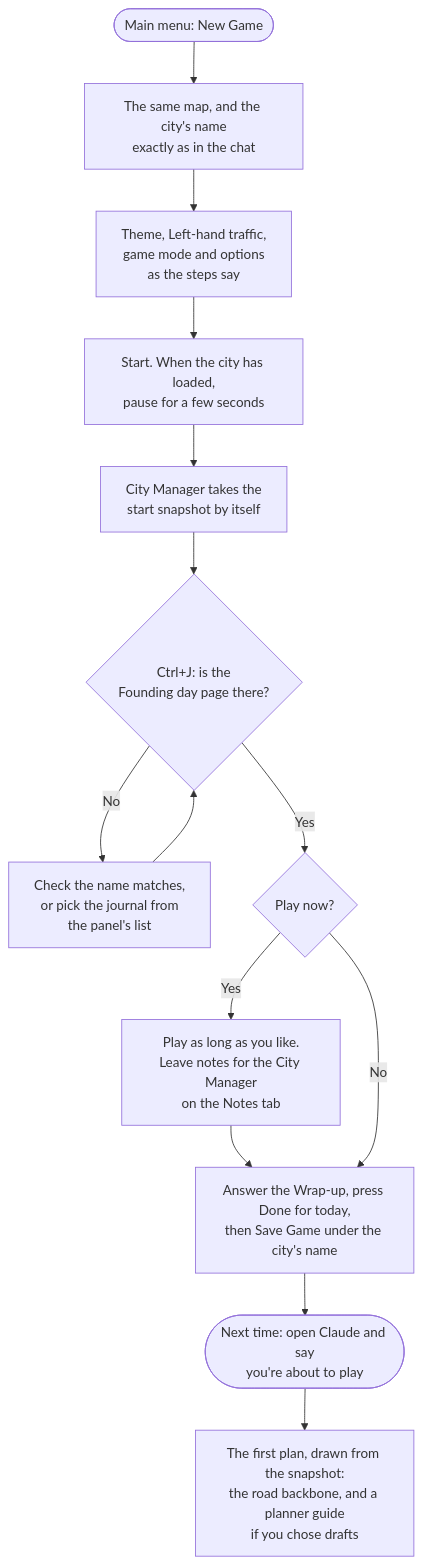
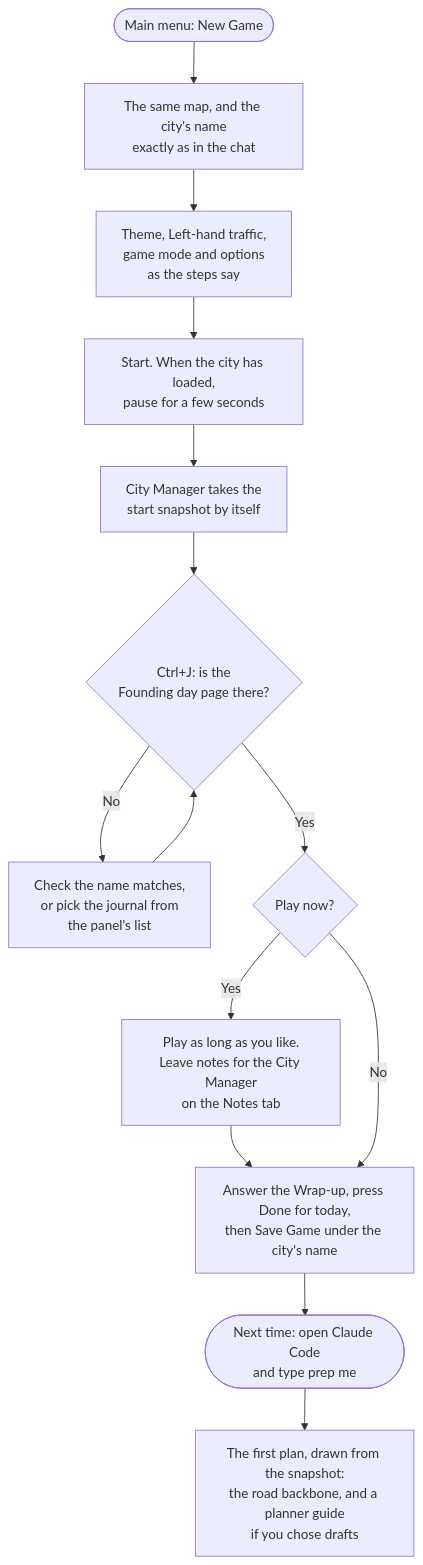
One commit to mayorgergich/cs2-city-manager changed the second of 2 diagrams in docs/guide.md. Above: the diagram before and after it, drawn with Mermaid. The commit also changed other lines of this file and 3 other files, not shown here.

Commit message:
Docs: the City Manager's command (/city-manager:city-manager …), which folder to run Claude Code in, and user scope at install

````diff
--- a/docs/guide.md
+++ b/docs/guide.md
@@ -99,15 +120,15 @@
 ```mermaid
 flowchart TD
     A(["Main menu: New Game"]) --> B["The same map, and the city's name<br/>exactly as in the chat"]
     B --> C["Theme, Left-hand traffic,<br/>game mode and options<br/>as the steps say"]
     C --> D["Start. When the city has loaded,<br/>pause for a few seconds"]
     D --> E["City Manager takes the<br/>start snapshot by itself"]
     E --> F{"Ctrl+J: is the<br/>Founding day page there?"}
     F -- No --> F1["Check the name matches,<br/>or pick the journal from<br/>the panel's list"] --> F
     F -- Yes --> G{"Play now?"}
     G -- Yes --> G1["Play as long as you like.<br/>Leave notes for the City Manager<br/>on the Notes tab"] --> H
     G -- No --> H
     H["Answer the Wrap-up, press Done for today,<br/>then Save Game under the city's name"]
-    H --> I(["Next time: open Claude and say<br/>you're about to play"])
+    H --> I(["Next time: open Claude Code<br/>and type prep me"])
     I --> J["The first plan, drawn from the snapshot:<br/>the road backbone, and a planner guide<br/>if you chose drafts"]
 ```
````
